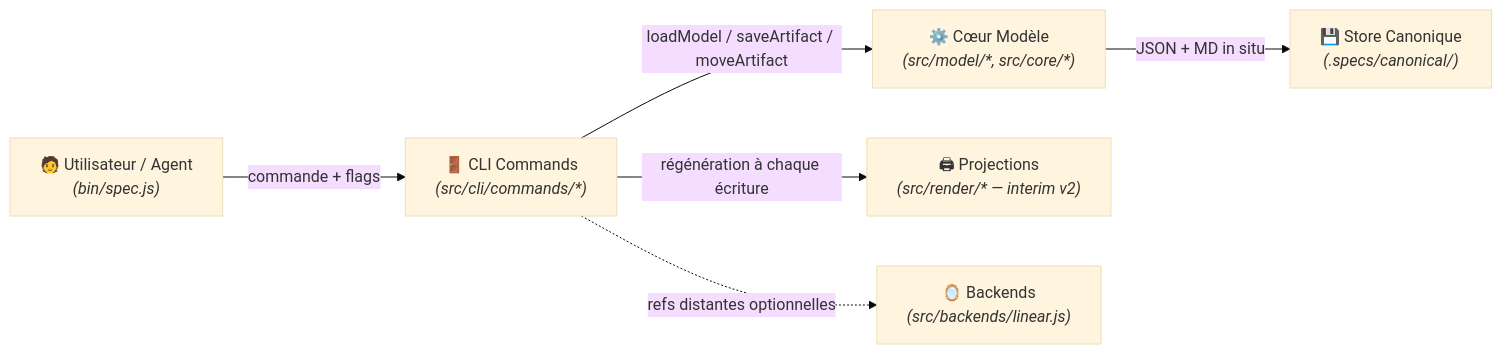
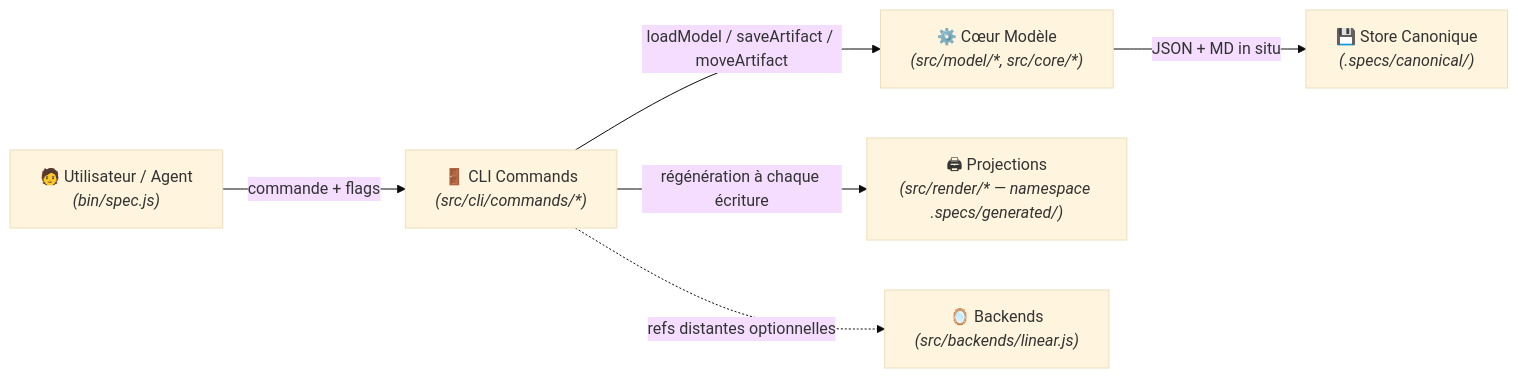
The diagram in .specs/knowledge/domains/workspace-management/tech.md (ngdo-pro/sdd), drawn with Mermaid (base theme) before and after one commit. The commit also changed other lines of this file and 8 other files, not shown here.

Commit message:
docs(specs): capitalize generated/ namespace and close feature 02

````diff
--- a/.specs/knowledge/domains/workspace-management/tech.md
+++ b/.specs/knowledge/domains/workspace-management/tech.md
@@ -10,9 +10,9 @@
 ```mermaid
 flowchart LR
     U["🧑 Utilisateur / Agent<br><i>(bin/spec.js)</i>"]
     -->|commande + flags| CLI["🚪 CLI Commands<br><i>(src/cli/commands/*)</i>"]
     CLI -->|loadModel / saveArtifact / moveArtifact| Core["⚙️ Cœur Modèle<br><i>(src/model/*, src/core/*)</i>"]
     Core -->|JSON + MD in situ| Disk["💾 Store Canonique<br><i>(.specs/canonical/)</i>"]
-    CLI -->|régénération à chaque écriture| Render["🖨 Projections<br><i>(src/render/* — interim v2)</i>"]
+    CLI -->|régénération à chaque écriture| Render["🖨 Projections<br><i>(src/render/* — namespace .specs/generated/)</i>"]
     CLI -.->|refs distantes optionnelles| Mirror["🪞 Backends<br><i>(src/backends/linear.js)</i>"]
 ```
````
